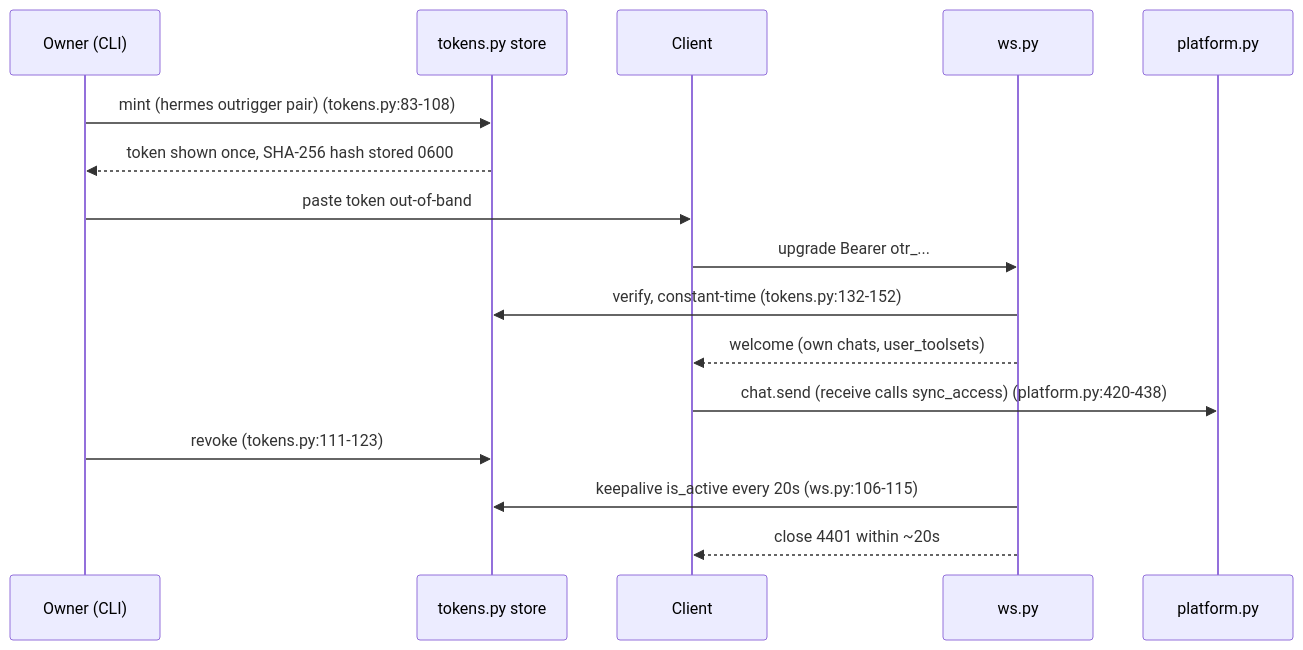
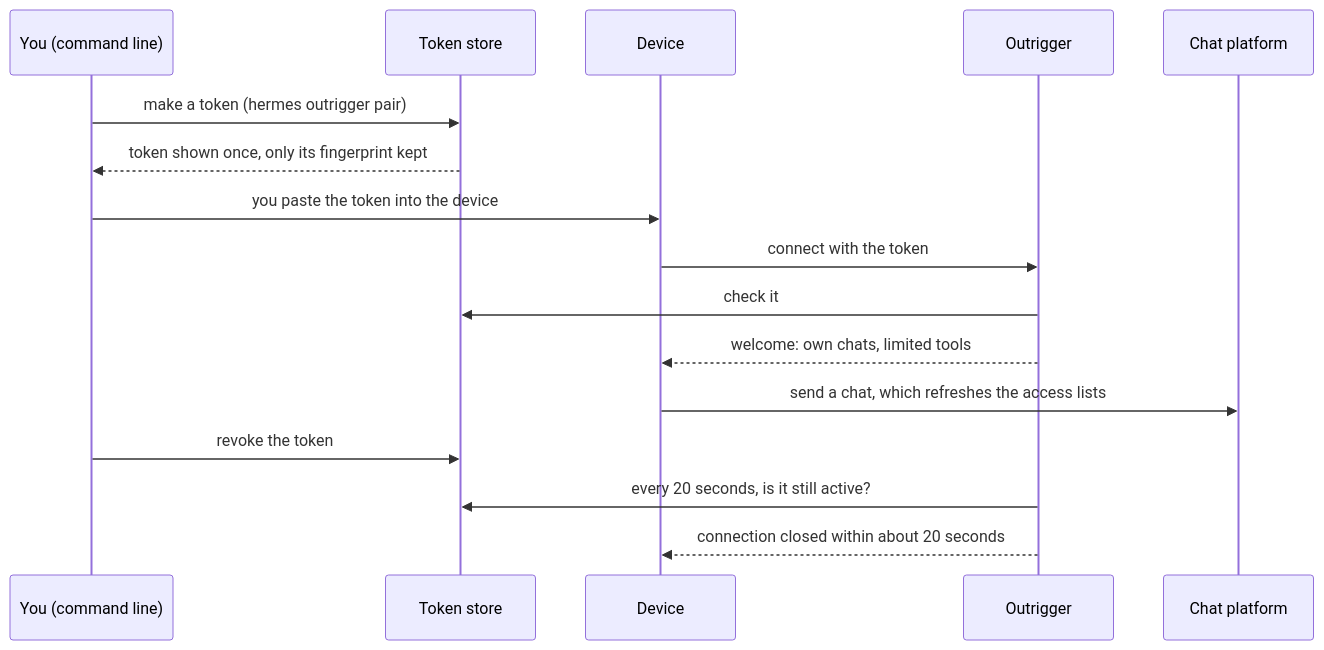
One commit to codepilots/hermes-outrigger changed the third of 6 diagrams in AUDIT.md. Above: the diagram before and after it, drawn with Mermaid. The commit also changed other lines of this file, not shown here.

````diff
--- a/AUDIT.md
+++ b/AUDIT.md
@@ -147,18 +245,18 @@
 ```mermaid
 sequenceDiagram
-  participant O as Owner (CLI)
-  participant T as tokens.py store
-  participant C as Client
-  participant W as ws.py
-  participant P as platform.py
-  O->>T: mint (hermes outrigger pair) (tokens.py:83-108)
-  T-->>O: token shown once, SHA-256 hash stored 0600
-  O->>C: paste token out-of-band
-  C->>W: upgrade Bearer otr_...
-  W->>T: verify, constant-time (tokens.py:132-152)
-  W-->>C: welcome (own chats, user_toolsets)
-  C->>P: chat.send (receive calls sync_access) (platform.py:420-438)
-  O->>T: revoke (tokens.py:111-123)
-  W->>T: keepalive is_active every 20s (ws.py:106-115)
-  W-->>C: close 4401 within ~20s
+  participant O as You (command line)
+  participant T as Token store
+  participant C as Device
+  participant W as Outrigger
+  participant P as Chat platform
+  O->>T: make a token (hermes outrigger pair)
+  T-->>O: token shown once, only its fingerprint kept
+  O->>C: you paste the token into the device
+  C->>W: connect with the token
+  W->>T: check it
+  W-->>C: welcome: own chats, limited tools
+  C->>P: send a chat, which refreshes the access lists
+  O->>T: revoke the token
+  W->>T: every 20 seconds, is it still active?
+  W-->>C: connection closed within about 20 seconds
 ```
````
